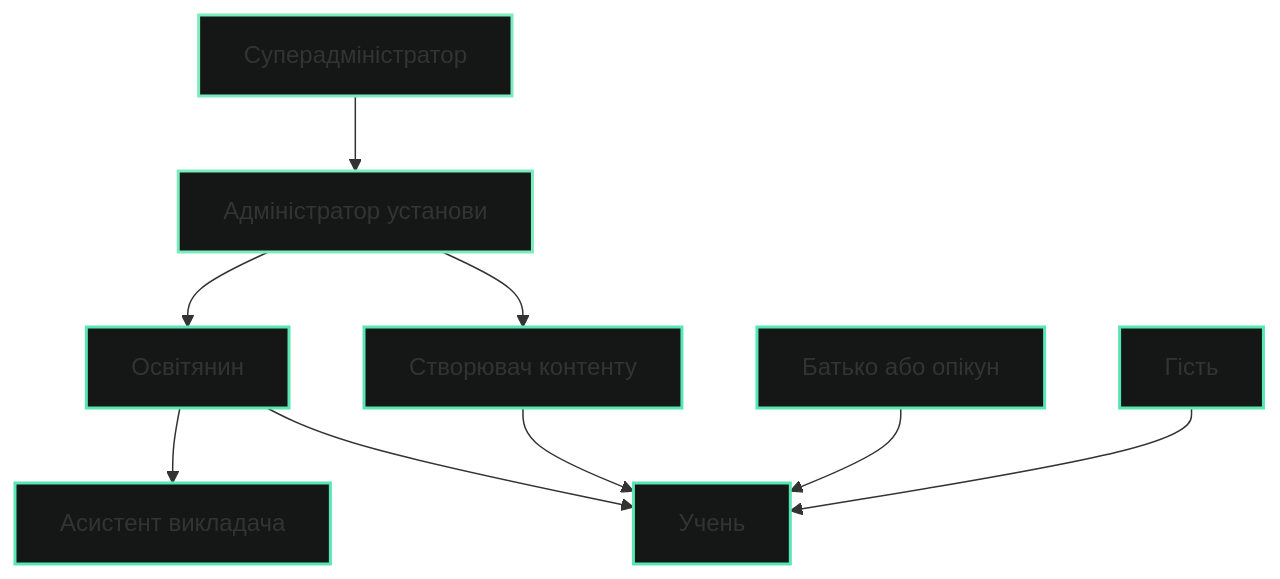
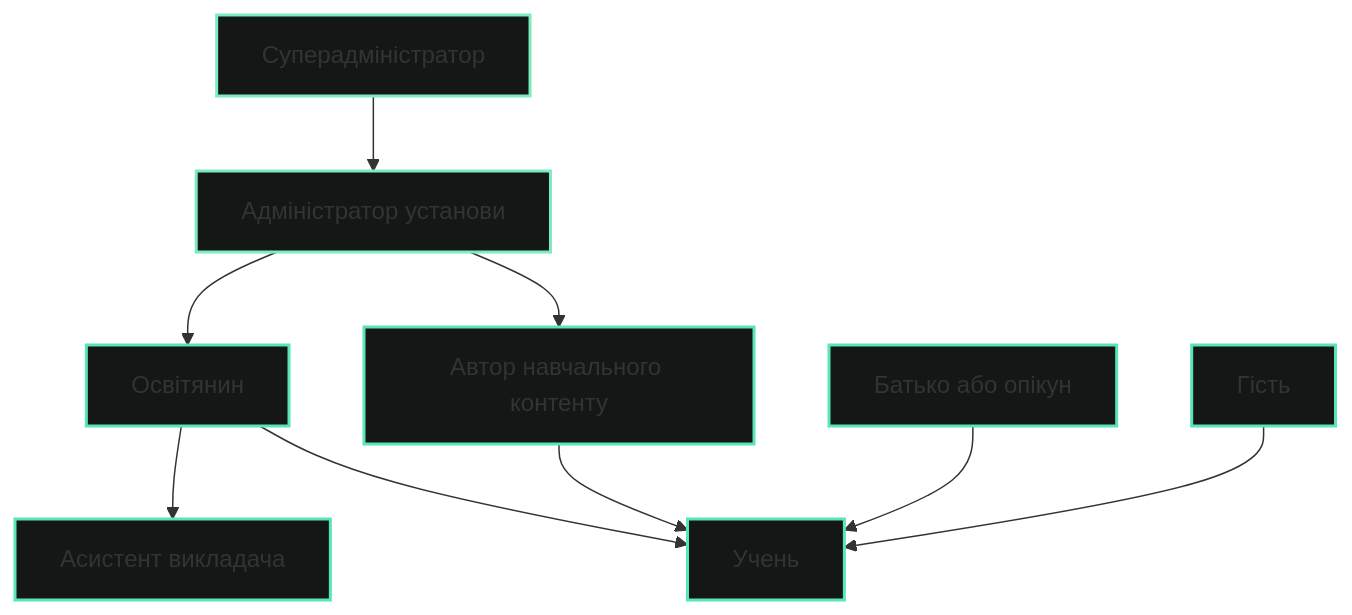
One commit to ivmarch/geniverse-docs changed the diagram in i18n/uk/docusaurus-plugin-content-docs/current/roles-permissions.md. Above: the diagram before and after it, drawn with Mermaid. The commit also changed other lines of this file and 3 other files, not shown here.

Commit message:
Replace 'Створювач контенту' with 'Автор навчального контенту' everywhere

````diff
--- a/i18n/uk/docusaurus-plugin-content-docs/current/roles-permissions.md
+++ b/i18n/uk/docusaurus-plugin-content-docs/current/roles-permissions.md
@@ -7,21 +7,21 @@
 ```mermaid
 graph TD
     A[Суперадміністратор] --> B[Адміністратор установи]
     B --> C[Освітянин]
-    B --> D[Створювач контенту]
+    B --> D[Автор навчального контенту]
     C --> E[Учень]
     C --> F[Асистент викладача]
     D --> E
     G[Батько або опікун] --> E
     H[Гість] --> E
     
     classDef adminClass fill:#141716,stroke:#7CECBF,stroke-width:2px
     classDef educatorClass fill:#141716,stroke:#58E6B2,stroke-width:2px
     classDef studentClass fill:#141716,stroke:#58E6B2,stroke-width:2px
     classDef guestClass fill:#141716,stroke:#58E6B2,stroke-width:2px
     
     class A,B adminClass
     class C,D,F educatorClass
     class E studentClass
     class G,H guestClass
 ```
````
